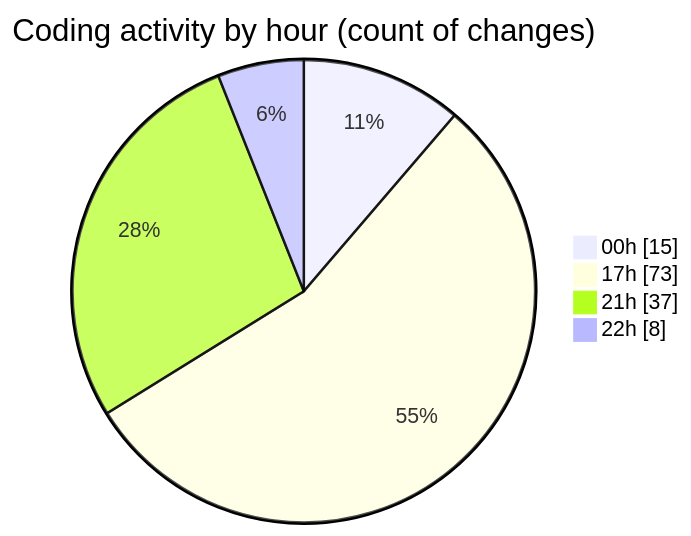
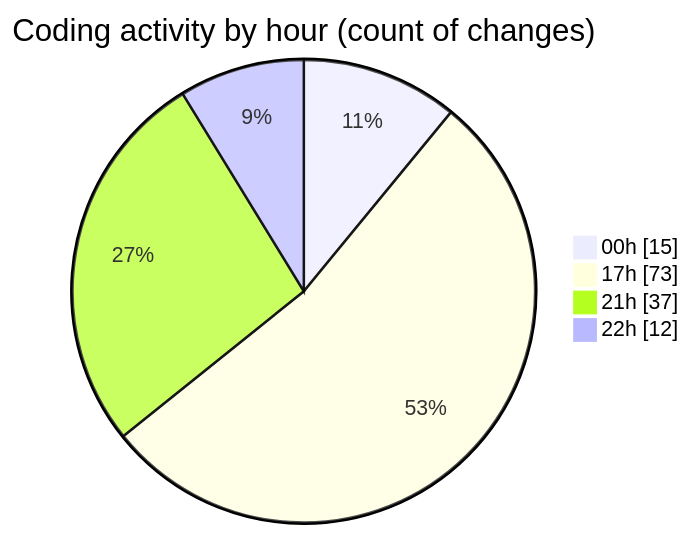
Before and after one commit to Netris89/code-tracking: the second of 2 diagrams in 2025-04-06/echo/README.md, drawn with Mermaid. The commit also changed other lines of this file and 1 other file, not shown here.

````diff
--- a/2025-04-06/echo/README.md
+++ b/2025-04-06/echo/README.md
@@ -39,8 +39,8 @@
 ```mermaid
 pie showData
 title Coding activity by hour (count of changes)
 "00h" : 15
 "17h" : 73
 "21h" : 37
-"22h" : 8
+"22h" : 12
 ```
````
